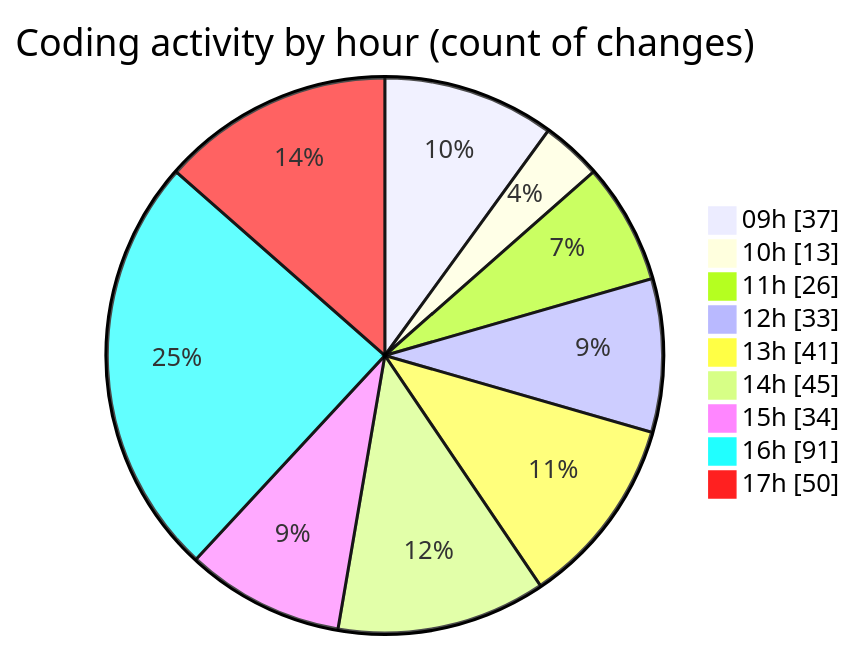
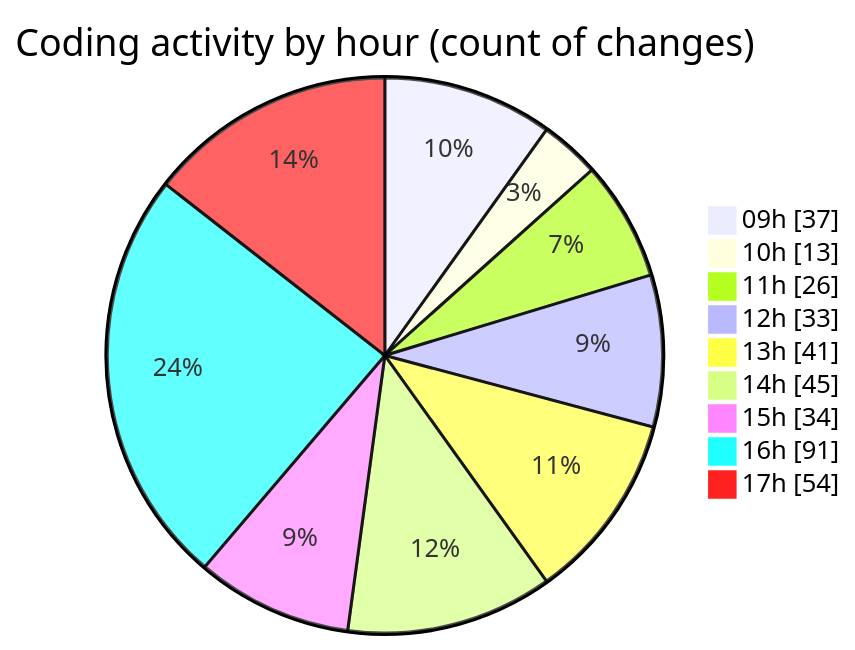
One commit to momahboobian/code-tracking changed the second of 2 diagrams in 2026-04-23/cda/README.md. Above: the diagram before and after it, drawn with Mermaid. The commit also changed other lines of this file and 1 other file, not shown here.

````diff
--- a/2026-04-23/cda/README.md
+++ b/2026-04-23/cda/README.md
@@ -57,13 +57,13 @@
 ```mermaid
 pie showData
 title Coding activity by hour (count of changes)
 "09h" : 37
 "10h" : 13
 "11h" : 26
 "12h" : 33
 "13h" : 41
 "14h" : 45
 "15h" : 34
 "16h" : 91
-"17h" : 50
+"17h" : 54
 ```
````
